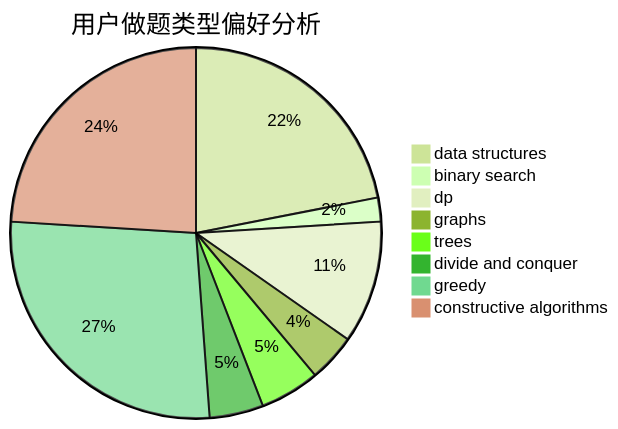
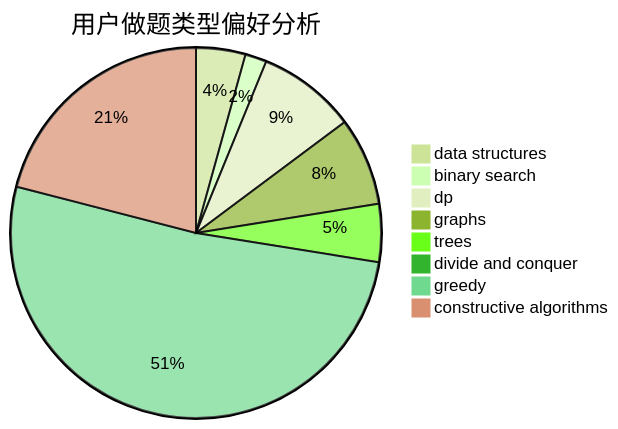
Before and after one commit to sherpahu/cfrs.github.io: the second of 3 diagrams in docs/user/u2044.md, drawn with Mermaid (forest theme). The commit also changed other lines of this file and 2770 other files, not shown here.

````diff
--- a/docs/user/u2044.md
+++ b/docs/user/u2044.md
@@ -23,11 +23,11 @@
 ```mermaid
 pie title 用户做题类型偏好分析
-    "data structures" :  84
-    "binary search" :  8
-    "dp" :  41
-    "graphs" :  16
-    "trees" :  20
-    "divide and conquer" :  18
-    "greedy" :  104
-    "constructive algorithms" :  92
+    "data structures" :  23
+    "binary search" :  10
+    "dp" :  46
+    "graphs" :  41
+    "trees" :  27
+    "divide and conquer" :  0
+    "greedy" :  275
+    "constructive algorithms" :  112
 ```
````
